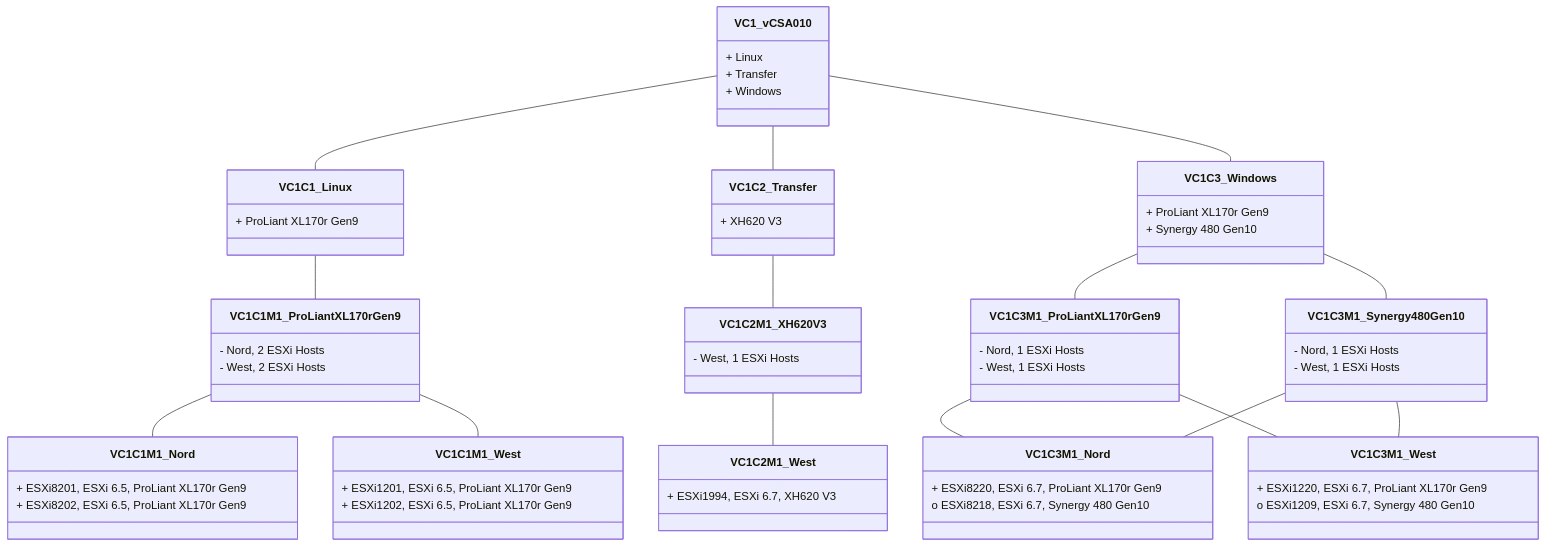
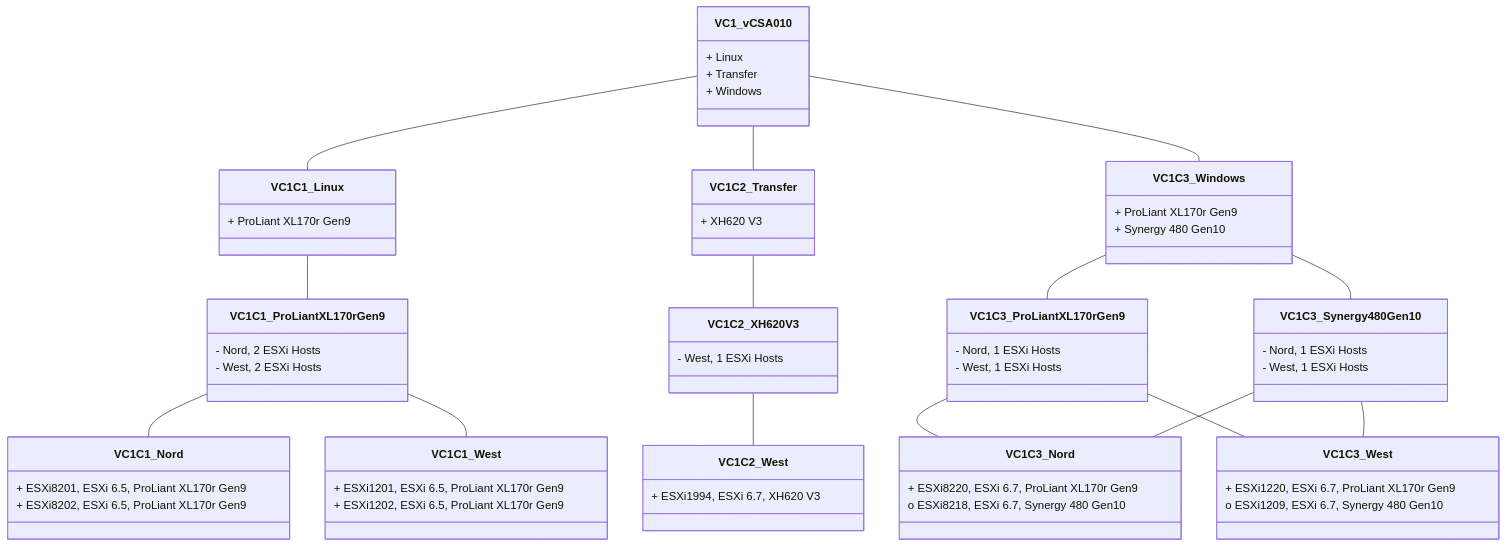
One commit to tinuwalther/PSXiDiag changed the first of 4 diagrams in Markdown ESXiHost Inventory.md. Above: the diagram before and after it, drawn with Mermaid. The commit also changed other lines of this file and 14 other files, not shown here.

`````diff
--- a/Markdown ESXiHost Inventory.md
+++ b/Markdown ESXiHost Inventory.md
@@ -13,40 +13,40 @@
 ````mermaid
 classDiagram
 VC1_vCSA010 -- VC1C1_Linux
 VC1_vCSA010 : + Linux
 VC1C1_Linux : + ProLiant XL170r Gen9
-VC1C1_Linux -- VC1C1M1_ProLiant XL170r Gen9
-VC1C1M1_ProLiant XL170r Gen9 : - Nord, 2 ESXi Hosts
-VC1C1M1_ProLiant XL170r Gen9 -- VC1C1M1_Nord
-VC1C1M1_Nord : + ESXi8201, ESXi 6.5, ProLiant XL170r Gen9
-VC1C1M1_Nord : + ESXi8202, ESXi 6.5, ProLiant XL170r Gen9
-VC1C1M1_ProLiant XL170r Gen9 : - West, 2 ESXi Hosts
-VC1C1M1_ProLiant XL170r Gen9 -- VC1C1M1_West
-VC1C1M1_West : + ESXi1201, ESXi 6.5, ProLiant XL170r Gen9
-VC1C1M1_West : + ESXi1202, ESXi 6.5, ProLiant XL170r Gen9
+VC1C1_Linux -- VC1C1_ProLiant XL170r Gen9
+VC1C1_ProLiant XL170r Gen9 : - Nord, 2 ESXi Hosts
+VC1C1_ProLiant XL170r Gen9 -- VC1C1_Nord
+VC1C1_Nord : + ESXi8201, ESXi 6.5, ProLiant XL170r Gen9
+VC1C1_Nord : + ESXi8202, ESXi 6.5, ProLiant XL170r Gen9
+VC1C1_ProLiant XL170r Gen9 : - West, 2 ESXi Hosts
+VC1C1_ProLiant XL170r Gen9 -- VC1C1_West
+VC1C1_West : + ESXi1201, ESXi 6.5, ProLiant XL170r Gen9
+VC1C1_West : + ESXi1202, ESXi 6.5, ProLiant XL170r Gen9
 VC1_vCSA010 -- VC1C2_Transfer
 VC1_vCSA010 : + Transfer
 VC1C2_Transfer : + XH620 V3
-VC1C2_Transfer -- VC1C2M1_XH620 V3
-VC1C2M1_XH620 V3 : - West, 1 ESXi Hosts
-VC1C2M1_XH620 V3 -- VC1C2M1_West
-VC1C2M1_West : + ESXi1994, ESXi 6.7, XH620 V3
+VC1C2_Transfer -- VC1C2_XH620 V3
+VC1C2_XH620 V3 : - West, 1 ESXi Hosts
+VC1C2_XH620 V3 -- VC1C2_West
+VC1C2_West : + ESXi1994, ESXi 6.7, XH620 V3
 VC1_vCSA010 -- VC1C3_Windows
 VC1_vCSA010 : + Windows
 VC1C3_Windows : + ProLiant XL170r Gen9
-VC1C3_Windows -- VC1C3M1_ProLiant XL170r Gen9
-VC1C3M1_ProLiant XL170r Gen9 : - Nord, 1 ESXi Hosts
-VC1C3M1_ProLiant XL170r Gen9 -- VC1C3M1_Nord
-VC1C3M1_Nord : + ESXi8220, ESXi 6.7, ProLiant XL170r Gen9
-VC1C3M1_ProLiant XL170r Gen9 : - West, 1 ESXi Hosts
-VC1C3M1_ProLiant XL170r Gen9 -- VC1C3M1_West
-VC1C3M1_West : + ESXi1220, ESXi 6.7, ProLiant XL170r Gen9
+VC1C3_Windows -- VC1C3_ProLiant XL170r Gen9
+VC1C3_ProLiant XL170r Gen9 : - Nord, 1 ESXi Hosts
+VC1C3_ProLiant XL170r Gen9 -- VC1C3_Nord
+VC1C3_Nord : + ESXi8220, ESXi 6.7, ProLiant XL170r Gen9
+VC1C3_ProLiant XL170r Gen9 : - West, 1 ESXi Hosts
+VC1C3_ProLiant XL170r Gen9 -- VC1C3_West
+VC1C3_West : + ESXi1220, ESXi 6.7, ProLiant XL170r Gen9
 VC1C3_Windows : + Synergy 480 Gen10
-VC1C3_Windows -- VC1C3M1_Synergy 480 Gen10
-VC1C3M1_Synergy 480 Gen10 : - Nord, 1 ESXi Hosts
-VC1C3M1_Synergy 480 Gen10 -- VC1C3M1_Nord
-VC1C3M1_Nord : o ESXi8218, ESXi 6.7, Synergy 480 Gen10
-VC1C3M1_Synergy 480 Gen10 : - West, 1 ESXi Hosts
-VC1C3M1_Synergy 480 Gen10 -- VC1C3M1_West
-VC1C3M1_West : o ESXi1209, ESXi 6.7, Synergy 480 Gen10
+VC1C3_Windows -- VC1C3_Synergy 480 Gen10
+VC1C3_Synergy 480 Gen10 : - Nord, 1 ESXi Hosts
+VC1C3_Synergy 480 Gen10 -- VC1C3_Nord
+VC1C3_Nord : o ESXi8218, ESXi 6.7, Synergy 480 Gen10
+VC1C3_Synergy 480 Gen10 : - West, 1 ESXi Hosts
+VC1C3_Synergy 480 Gen10 -- VC1C3_West
+VC1C3_West : o ESXi1209, ESXi 6.7, Synergy 480 Gen10
 ````
`````
